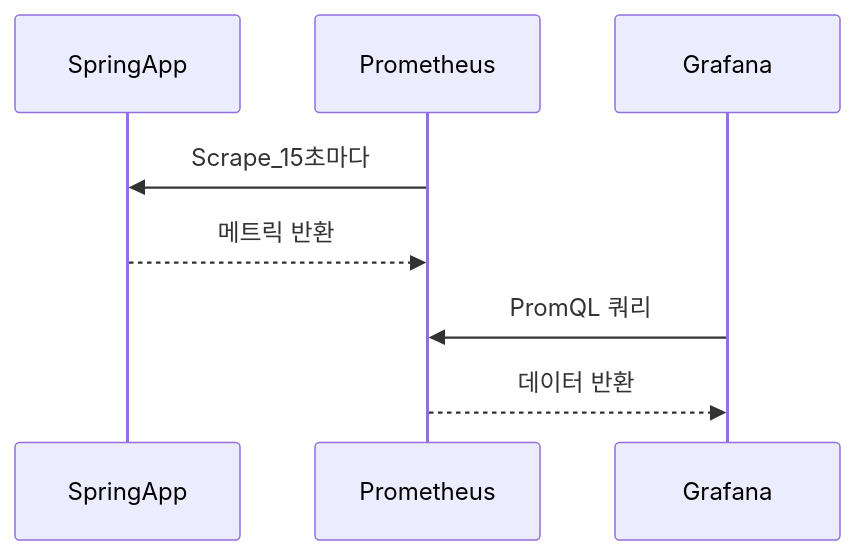
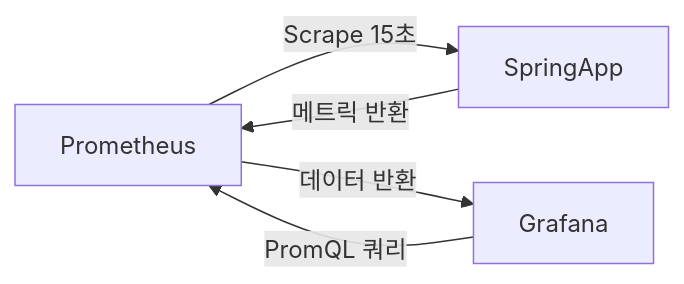
Before and after one commit to yjkim2015/yjkim2015.github.io: the second of 3 diagrams in _posts/monitoring/2026-05-01-monitoring-tools.md, drawn with Mermaid. The commit also changed 84 other files, not shown here.

First line of the commit message:
85개 포스트 Mermaid 다이어그램 규칙 일괄 수정

````diff
--- a/_posts/monitoring/2026-05-01-monitoring-tools.md
+++ b/_posts/monitoring/2026-05-01-monitoring-tools.md
@@ -48,10 +48,7 @@
 ```mermaid
-sequenceDiagram
-    participant APP as SpringApp
-    participant PROM as Prometheus
-    participant GRAF as Grafana
-    PROM->>APP: Scrape_15초마다
-    APP-->>PROM: 메트릭 반환
-    GRAF->>PROM: PromQL 쿼리
-    PROM-->>GRAF: 데이터 반환
+graph LR
+    PROM["Prometheus"] -->|"Scrape 15초"| APP["SpringApp"]
+    APP -->|"메트릭 반환"| PROM
+    GRAF["Grafana"] -->|"PromQL 쿼리"| PROM
+    PROM -->|"데이터 반환"| GRAF
 ```
````
